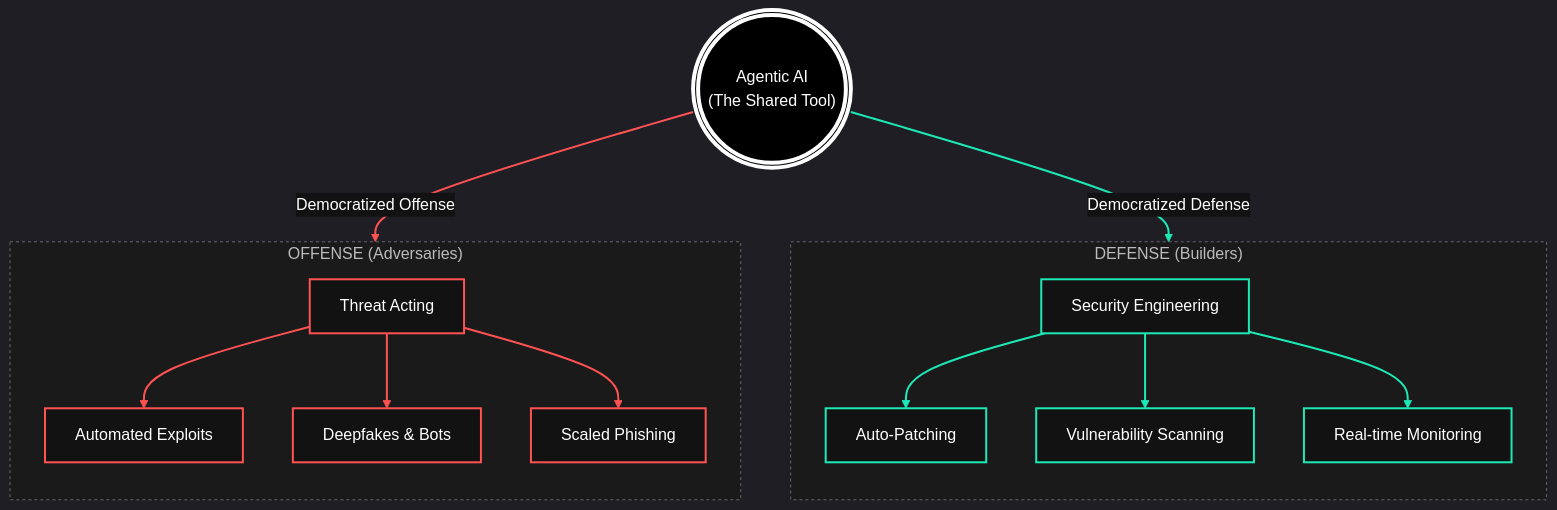
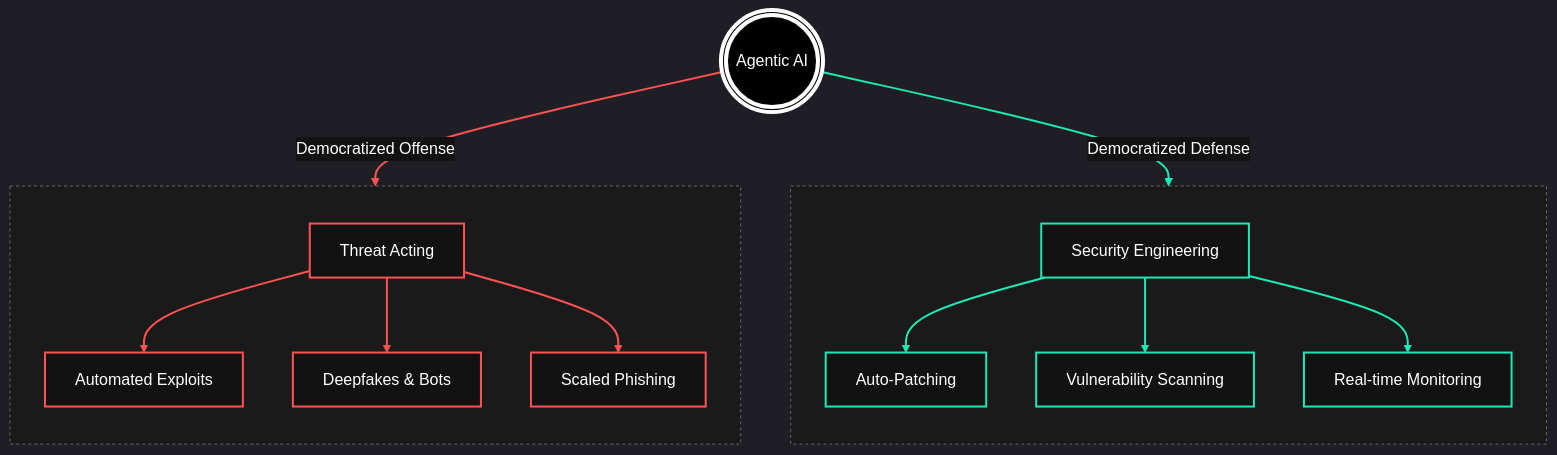
One commit to stefanovskyi/blog.stefanovskyi.com changed the second of 2 diagrams in content/posts/2026_agentic_coding_trends_report.md. Above: the diagram before and after it, drawn with Mermaid. The commit also changed other lines of this file, not shown here.

Commit message:
Added a caption shortcode to the introductory paragraph, bolded the report title, and simplified labels within the Mermaid graph.

```diff
--- a/content/posts/2026_agentic_coding_trends_report.md
+++ b/content/posts/2026_agentic_coding_trends_report.md
@@ -86,60 +88,60 @@
 {{< mermaid >}}
 %%{init: {'theme': 'dark', 'themeVariables': { 'edgeLabelBackground': '#121212', 'primaryTextColor': '#fff' }}}%%
 graph TD
 %% Core Node
-Core((("Agentic AI<br/>(The Shared Tool)")))
+Core((("Agentic AI")))
 
     %% Branches
     Core ==>|Democratized Defense| Shield
     Core ==>|Democratized Offense| Sword
 
     %% Defensive Cluster
-    subgraph Shield_Group ["DEFENSE (Builders)"]
+    subgraph Shield_Group [" "]
         direction TB
         Shield[Security Engineering]
         D1[Auto-Patching]
         D2[Vulnerability Scanning]
         D3[Real-time Monitoring]
 
         Shield --> D1
         Shield --> D2
         Shield --> D3
     end
 
     %% Offensive Cluster
-    subgraph Sword_Group ["OFFENSE (Adversaries)"]
+    subgraph Sword_Group [" "]
         direction TB
         Sword[Threat Acting]
         O1[Automated Exploits]
         O2[Deepfakes & Bots]
         O3[Scaled Phishing]
 
         Sword --> O1
         Sword --> O2
         Sword --> O3
     end
 
     %% STYLING
     %% Green/Cyan for Good (matches your previous diagram)
     classDef goodNode fill:#121212,stroke:#1DE9B6,stroke-width:2px,color:#fff
 
     %% Red/Orange for Bad (highlights the risk)
     classDef badNode fill:#121212,stroke:#FF5252,stroke-width:2px,color:#fff
 
     %% Core Node (Neutral/White)
     classDef coreNode fill:#000000,stroke:#fff,stroke-width:4px,color:#fff
 
     %% Container Styling
     classDef container fill:#1a1a1a,stroke:#666,stroke-width:1px,color:#bbb,stroke-dasharray: 3 3
 
     %% Apply Classes
     class Shield,D1,D2,D3 goodNode
     class Sword,O1,O2,O3 badNode
     class Core coreNode
     class Shield_Group,Sword_Group container
 
     %% Link Styling
     linkStyle 0,2,3,4 stroke:#1DE9B6,stroke-width:2px,color:#fff
     linkStyle 1,5,6,7 stroke:#FF5252,stroke-width:2px,color:#fff
 
 {{< /mermaid >}}
```
